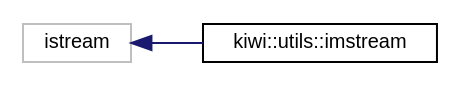
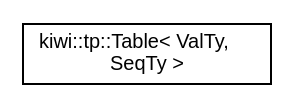
Before and after one commit to bab2min/Kiwi: the diagram in inherit_graph_61.dot, drawn with Graphviz. The commit also changed 251 other files, not shown here.

```diff
--- a/inherit_graph_61.dot
+++ b/inherit_graph_61.dot
@@ -1,10 +1,8 @@
 digraph "Graphical Class Hierarchy"
 {
  // LATEX_PDF_SIZE
   edge [fontname="Helvetica",fontsize="10",labelfontname="Helvetica",labelfontsize="10"];
   node [fontname="Helvetica",fontsize="10",shape=record];
   rankdir="LR";
-  Node54 [label="istream",height=0.2,width=0.4,color="grey75", fillcolor="white", style="filled",tooltip=" "];
-  Node54 -> Node0 [dir="back",color="midnightblue",fontsize="10",style="solid",fontname="Helvetica"];
-  Node0 [label="kiwi::utils::imstream",height=0.2,width=0.4,color="black", fillcolor="white", style="filled",URL="$classkiwi_1_1utils_1_1imstream.html",tooltip=" "];
+  Node0 [label="kiwi::tp::Table\< ValTy,\l SeqTy \>",height=0.2,width=0.4,color="black", fillcolor="white", style="filled",URL="$classkiwi_1_1tp_1_1Table.html",tooltip=" "];
 }
```
